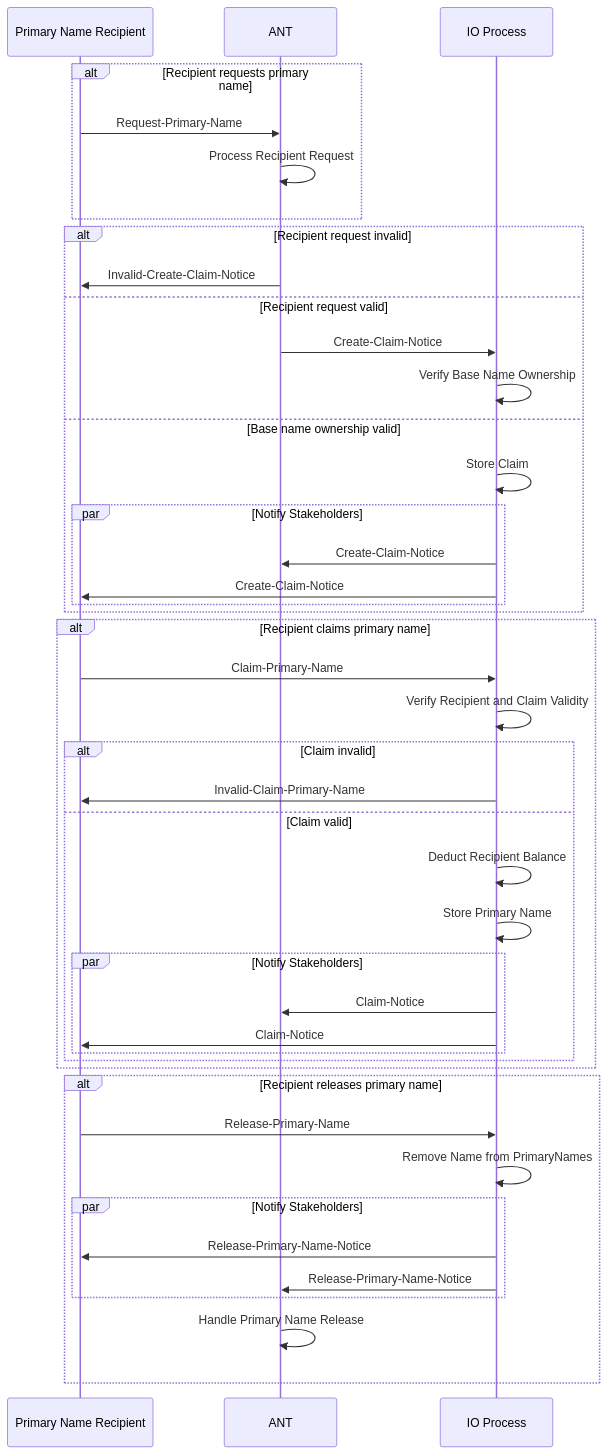
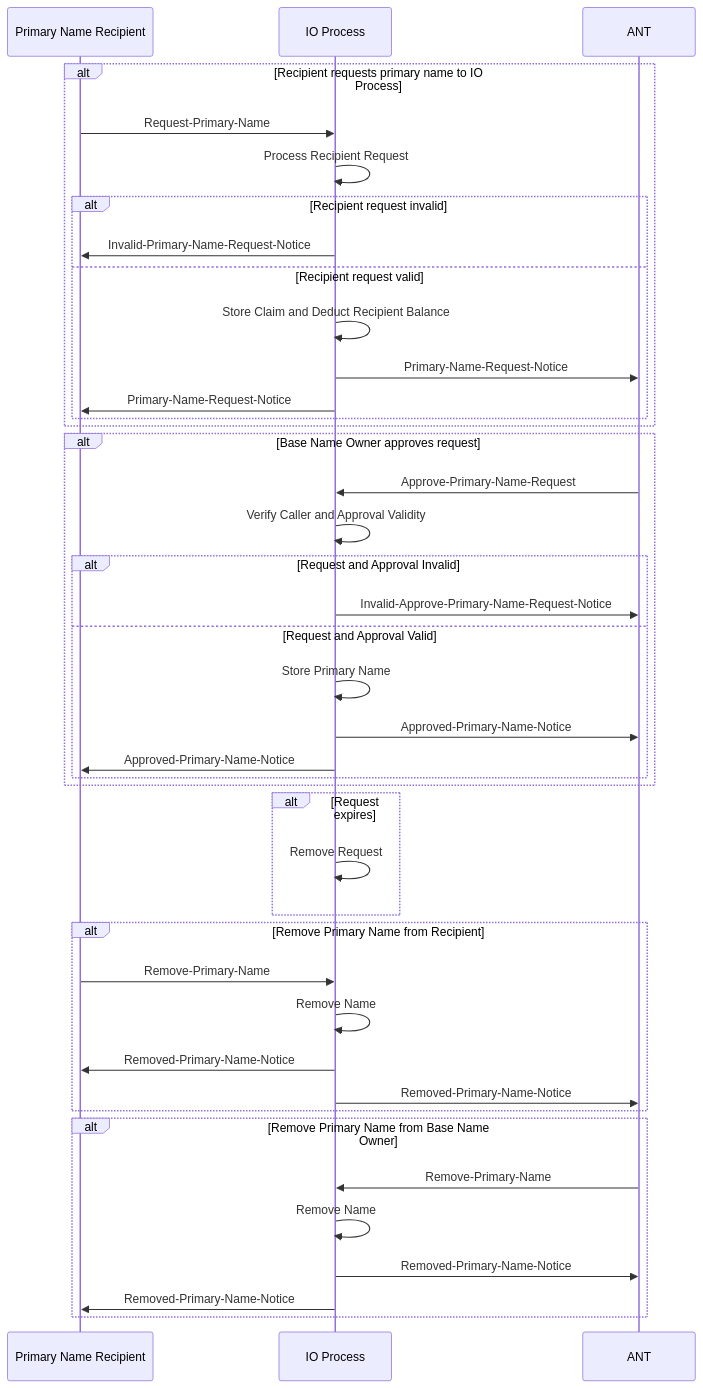
Before and after one commit to ar-io/ar-io-network-process: the diagram in docs/primary_names.md, drawn with Mermaid. The commit also changed 7 other files, not shown here.

First line of the commit message:
fix(pns): change from `claims` to `requests`

````diff
--- a/docs/primary_names.md
+++ b/docs/primary_names.md
@@ -1,51 +1,50 @@
 ```mermaid
 sequenceDiagram
     participant Recipient as Primary Name Recipient
+    participant IO_Process as IO Process
     participant ANT
-    participant IO_Process as IO Process
 
-    alt Recipient requests primary name
-        Recipient->>ANT: Request-Primary-Name
-        ANT->>ANT: Process Recipient Request
-    end
-
-    alt Recipient request invalid
-        ANT->>Recipient: Invalid-Create-Claim-Notice
-    else Recipient request valid
-        ANT->>IO_Process: Create-Claim-Notice
-        IO_Process->>IO_Process: Verify Base Name Ownership
-    else Base name ownership valid
-        IO_Process->>IO_Process: Store Claim
-        par Notify Stakeholders
-            IO_Process->>ANT: Create-Claim-Notice
-            IO_Process->>Recipient: Create-Claim-Notice
+    alt Recipient requests primary name to IO Process
+        Recipient->>IO_Process: Request-Primary-Name
+        IO_Process->>IO_Process: Process Recipient Request
+        alt Recipient request invalid
+            IO_Process->>Recipient: Invalid-Primary-Name-Request-Notice
+        else Recipient request valid
+            IO_Process->>IO_Process: Store Claim and Deduct Recipient Balance
+            IO_Process->>ANT: Primary-Name-Request-Notice
+            IO_Process->>Recipient: Primary-Name-Request-Notice
         end
     end
 
-    alt Recipient claims primary name
-        Recipient->>IO_Process: Claim-Primary-Name
-        IO_Process->>IO_Process: Verify Recipient and Claim Validity
+    alt Base Name Owner approves request
+        ANT->>IO_Process: Approve-Primary-Name-Request
+        IO_Process->>IO_Process: Verify Caller and Approval Validity
 
-        alt Claim invalid
-            IO_Process->>Recipient: Invalid-Claim-Primary-Name
-        else Claim valid
-            IO_Process->>IO_Process: Deduct Recipient Balance
+        alt Request and Approval Invalid
+            IO_Process->>ANT: Invalid-Approve-Primary-Name-Request-Notice
+        else Request and Approval Valid
             IO_Process->>IO_Process: Store Primary Name
-            par Notify Stakeholders
-                IO_Process->>ANT: Claim-Notice
-                IO_Process->>Recipient: Claim-Notice
-            end
+            IO_Process->>ANT: Approved-Primary-Name-Notice
+            IO_Process->>Recipient: Approved-Primary-Name-Notice
         end
     end
 
-    alt Recipient releases primary name
-        Recipient->>IO_Process: Release-Primary-Name
-        IO_Process->>IO_Process: Remove Name from PrimaryNames
-        par Notify Stakeholders
-            IO_Process->>Recipient: Release-Primary-Name-Notice
-            IO_Process->>ANT: Release-Primary-Name-Notice
-        end
-        ANT->>ANT: Handle Primary Name Release
+    alt Request expires
+        IO_Process->>IO_Process: Remove Request
+    end
+
+    alt Remove Primary Name from Recipient
+        Recipient->>IO_Process: Remove-Primary-Name
+        IO_Process->>IO_Process: Remove Name
+        IO_Process->>Recipient: Removed-Primary-Name-Notice
+        IO_Process->>ANT: Removed-Primary-Name-Notice
+    end
+
+    alt Remove Primary Name from Base Name Owner
+        ANT->>IO_Process: Remove-Primary-Name
+        IO_Process->>IO_Process: Remove Name
+        IO_Process->>ANT: Removed-Primary-Name-Notice
+        IO_Process->>Recipient: Removed-Primary-Name-Notice
     end
 
 ```
````
